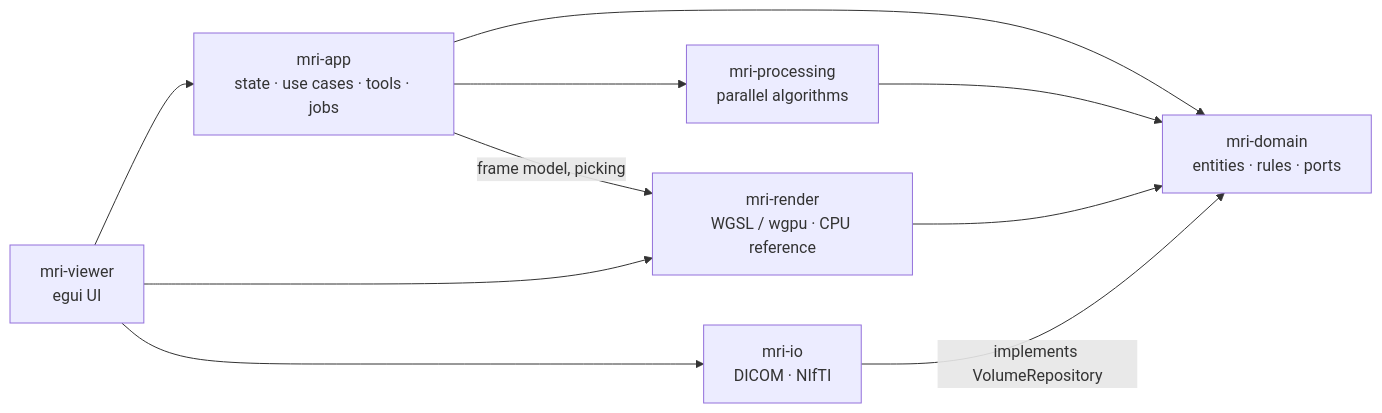
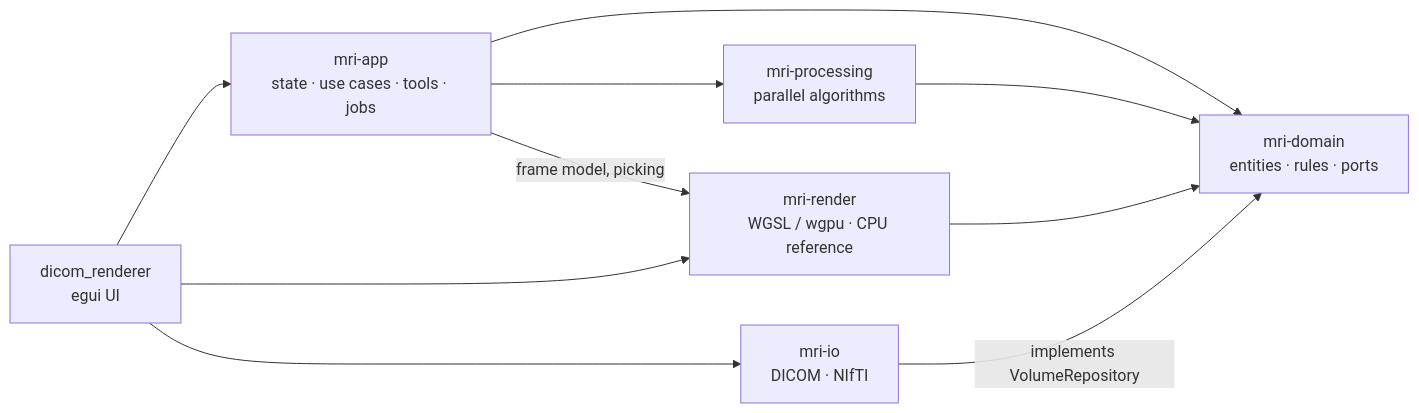
One commit to Kauter1989/ferrum changed the diagram in README.md. Above: the diagram before and after it, drawn with Mermaid. The commit also changed other lines of this file and 26 other files, not shown here.

First line of the commit message:
refactor: rename the application to dicom_renderer, simplify launch

````diff
--- a/README.md
+++ b/README.md
@@ -288,12 +311,12 @@
 ```mermaid
 flowchart LR
-    V["mri-viewer<br/>egui UI"] --> A["mri-app<br/>state · use cases · tools · jobs"]
+    V["dicom_renderer<br/>egui UI"] --> A["mri-app<br/>state · use cases · tools · jobs"]
     V --> R["mri-render<br/>WGSL / wgpu · CPU reference"]
     V --> IO["mri-io<br/>DICOM · NIfTI"]
     A --> D["mri-domain<br/>entities · rules · ports"]
     A --> P["mri-processing<br/>parallel algorithms"]
     A -->|"frame model, picking"| R
     R --> D
     P --> D
     IO -->|"implements VolumeRepository"| D
 ```
````
